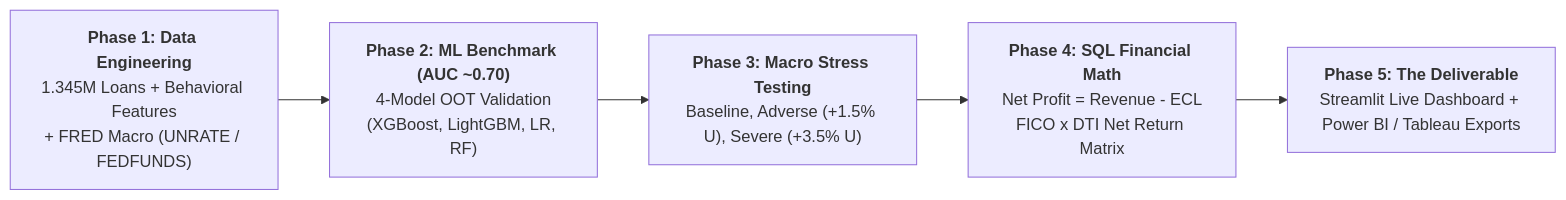
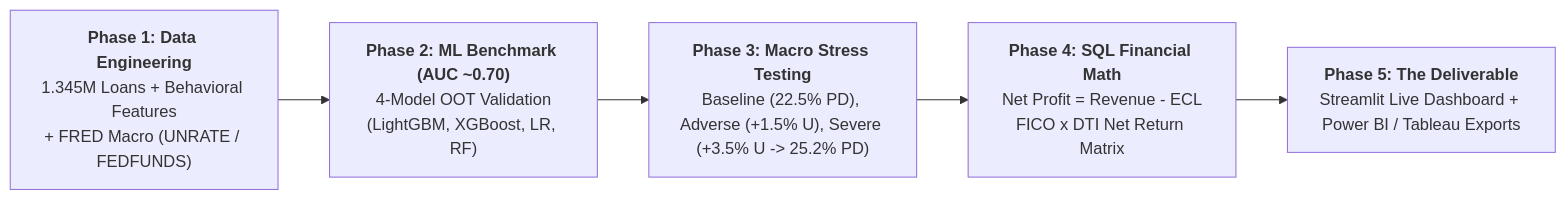
Before and after one commit to JAMIEL-J/credit-risk-analysis: the first of 2 diagrams in README.md, drawn with Mermaid. The commit also changed other lines of this file and 16 other files, not shown here.

Commit message:
fix: enforce regulatory monotonic constraints on macro indicators to correct severe-scenario loss trajectory

````diff
--- a/README.md
+++ b/README.md
@@ -42,7 +42,7 @@
 ```mermaid
 flowchart LR
-    P1["<b>Phase 1: Data Engineering</b><br/>1.345M Loans + Behavioral Features<br/>+ FRED Macro (UNRATE / FEDFUNDS)"] --> P2["<b>Phase 2: ML Benchmark (AUC ~0.70)</b><br/>4-Model OOT Validation<br/>(XGBoost, LightGBM, LR, RF)"]
-    P2 --> P3["<b>Phase 3: Macro Stress Testing</b><br/>Baseline, Adverse (+1.5% U), Severe (+3.5% U)"]
+    P1["<b>Phase 1: Data Engineering</b><br/>1.345M Loans + Behavioral Features<br/>+ FRED Macro (UNRATE / FEDFUNDS)"] --> P2["<b>Phase 2: ML Benchmark (AUC ~0.70)</b><br/>4-Model OOT Validation<br/>(LightGBM, XGBoost, LR, RF)"]
+    P2 --> P3["<b>Phase 3: Macro Stress Testing</b><br/>Baseline (22.5% PD), Adverse (+1.5% U), Severe (+3.5% U -> 25.2% PD)"]
     P3 --> P4["<b>Phase 4: SQL Financial Math</b><br/>Net Profit = Revenue - ECL<br/>FICO x DTI Net Return Matrix"]
     P4 --> P5["<b>Phase 5: The Deliverable</b><br/>Streamlit Live Dashboard + Power BI / Tableau Exports"]
 ```
````
